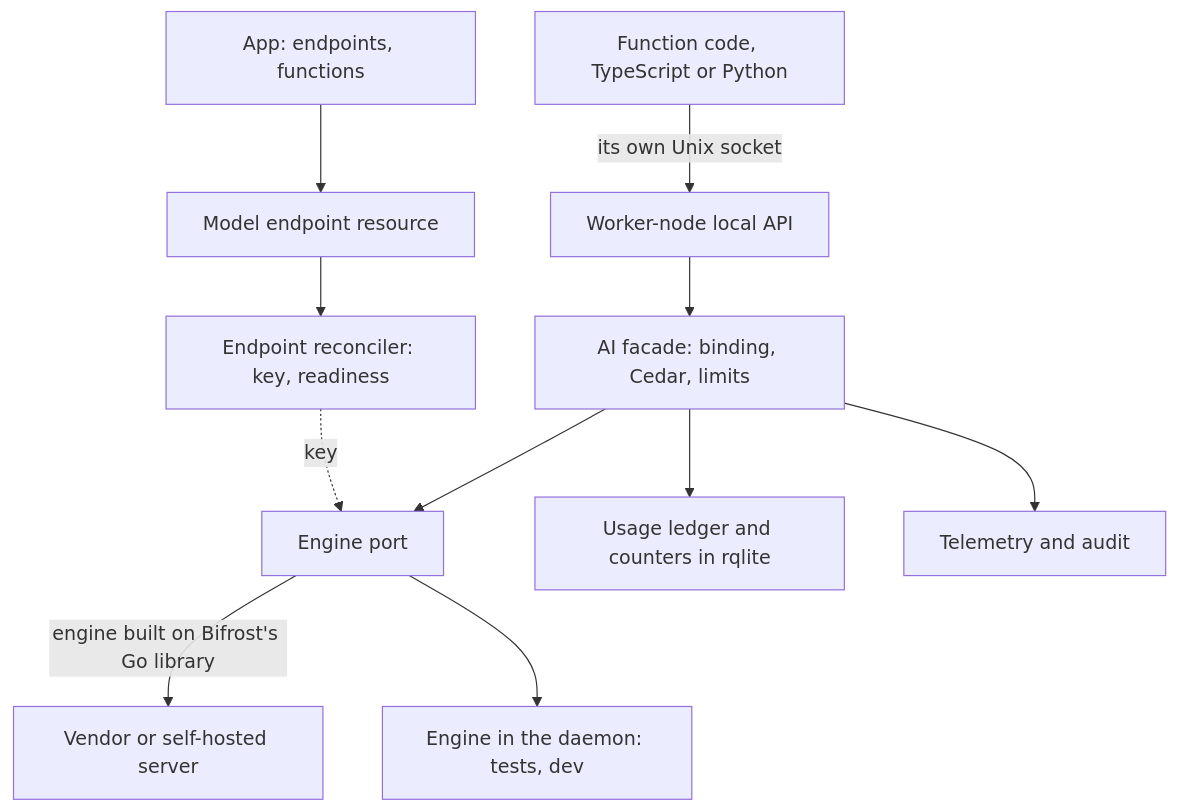
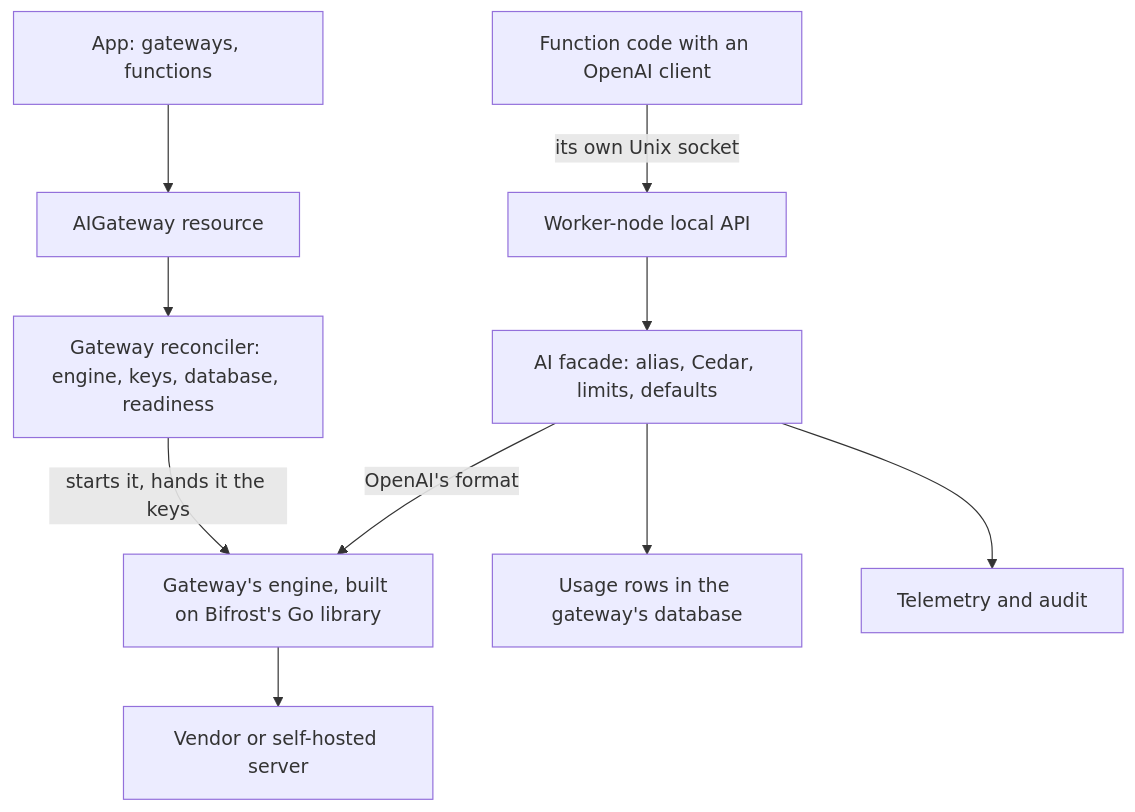
The second of 2 diagrams in docs/feat/0015-feat-ai-gateway.md (pyvvo/funcd), drawn with Mermaid before and after one commit. The commit also changed other lines of this file and 4 other files, not shown here.

First line of the commit message:
docs: record the AI gateway refinement in FEAT-0015, its report and plan

````diff
--- a/docs/feat/0015-feat-ai-gateway.md
+++ b/docs/feat/0015-feat-ai-gateway.md
@@ -75,13 +76,12 @@
 ```mermaid
 flowchart TB
-    APP["App: endpoints, functions"] --> ME["Model endpoint resource"]
-    ME --> REC["Endpoint reconciler: key, readiness"]
-    FN["Function code, TypeScript or Python"] -->|"its own Unix socket"| API["Worker-node local API"]
-    API --> PEP["AI facade: binding, Cedar, limits"]
-    PEP --> PORT["Engine port"]
-    PORT -->|"engine built on Bifrost's Go library"| VENDOR["Vendor or self-hosted server"]
-    PORT --> LOCAL["Engine in the daemon: tests, dev"]
-    PEP --> LEDGER["Usage ledger and counters in rqlite"]
+    APP["App: gateways, functions"] --> GW["AIGateway resource"]
+    GW --> REC["Gateway reconciler: engine, keys, database, readiness"]
+    REC -->|"starts it, hands it the keys"| ENG["Gateway's engine, built on Bifrost's Go library"]
+    FN["Function code with an OpenAI client"] -->|"its own Unix socket"| API["Worker-node local API"]
+    API --> PEP["AI facade: alias, Cedar, limits, defaults"]
+    PEP -->|"OpenAI's format"| ENG
+    ENG --> VENDOR["Vendor or self-hosted server"]
+    PEP --> LEDGER["Usage rows in the gateway's database"]
     PEP --> TEL["Telemetry and audit"]
-    REC -.->|"key"| PORT
 ```
````
